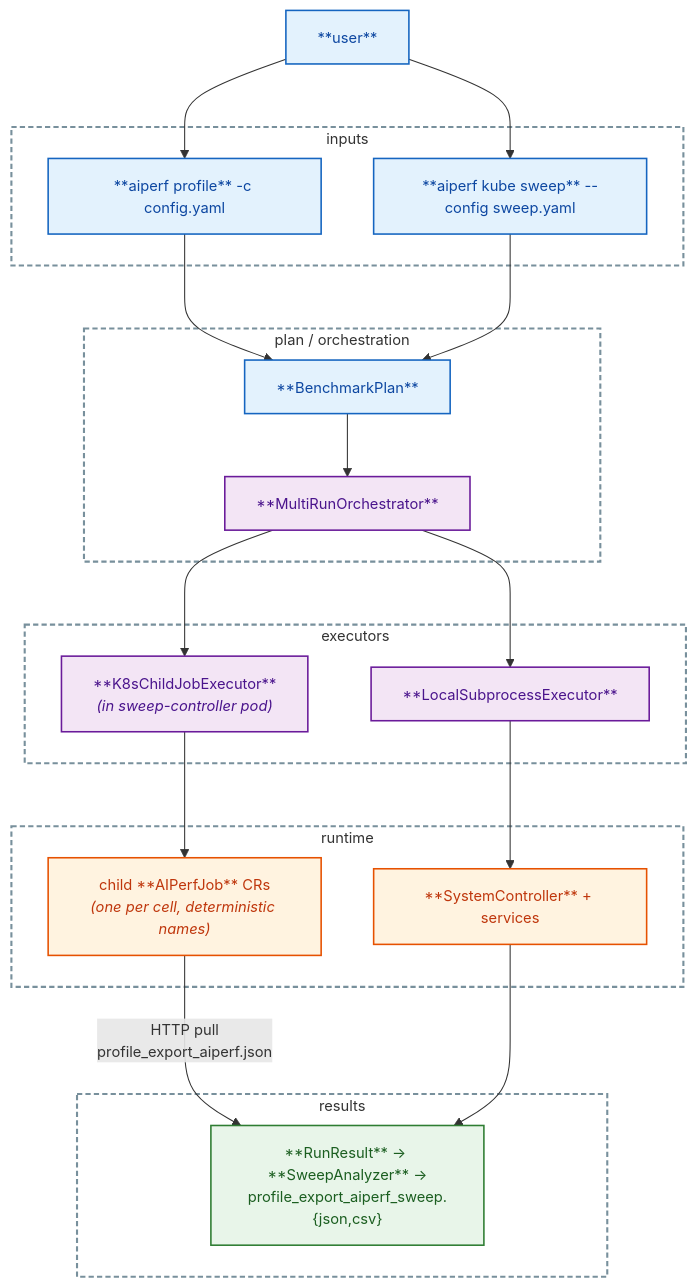
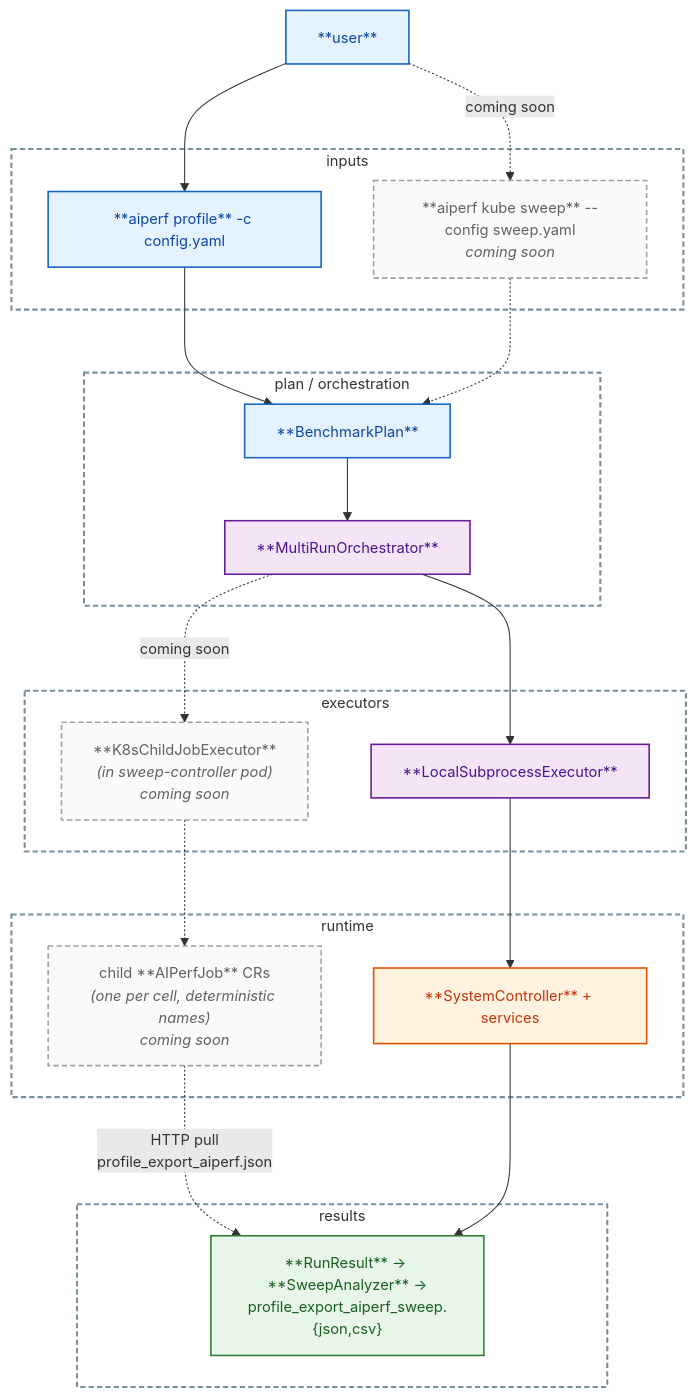
Diagram 21 of 35 in docs/dev/sweep-orchestrator.md (ai-dynamo/aiperf), drawn with Mermaid before and after one commit. The commit also changed other lines of this file and 197 other files, not shown here.

````diff
--- a/docs/dev/sweep-orchestrator.md
+++ b/docs/dev/sweep-orchestrator.md
@@ -1118,58 +1109,59 @@
 ```mermaid
 %%{init: {'flowchart': {'nodeSpacing': 50, 'rankSpacing': 60, 'htmlLabels': true}, 'themeVariables': {'fontSize': '14px'}}}%%
 flowchart TD
     user["**user**"]
 
     subgraph INPUTS["inputs"]
         cli["**aiperf profile** -c config.yaml"]
-        kube["**aiperf kube sweep** --config sweep.yaml"]
+        kube["**aiperf kube sweep** --config sweep.yaml<br/><i>coming soon</i>"]
     end
 
     subgraph CORE["plan / orchestration"]
         plan["**BenchmarkPlan**"]
         orch["**MultiRunOrchestrator**"]
     end
 
     subgraph EXEC["executors"]
         local["**LocalSubprocessExecutor**"]
-        k8s["**K8sChildJobExecutor**<br/><i>(in sweep-controller pod)</i>"]
+        k8s["**K8sChildJobExecutor**<br/><i>(in sweep-controller pod)</i><br/><i>coming soon</i>"]
     end
 
     subgraph RUNTIME["runtime"]
         sysctrl["**SystemController** + services"]
-        child["child **AIPerfJob** CRs<br/><i>(one per cell, deterministic names)</i>"]
+        child["child **AIPerfJob** CRs<br/><i>(one per cell, deterministic names)</i><br/><i>coming soon</i>"]
     end
 
     subgraph RESULTS["results"]
         out["**RunResult** -> **SweepAnalyzer** -><br/>profile_export_aiperf_sweep.{json,csv}"]
     end
 
     user --> cli --> plan
-    user --> kube --> plan
+    user -.->|"coming soon"| kube -.-> plan
 
     plan --> orch
     orch --> local
-    orch --> k8s
+    orch -.->|"coming soon"| k8s
     local --> sysctrl
-    k8s --> child
-    child -->|"HTTP pull<br/>profile_export_aiperf.json"| out
+    k8s -.-> child
+    child -.->|"HTTP pull<br/>profile_export_aiperf.json"| out
     sysctrl --> out
 
     classDef data fill:#e3f2fd,stroke:#1565c0,stroke-width:1.5px,color:#0d47a1
     classDef proc fill:#fff3e0,stroke:#e65100,stroke-width:1.5px,color:#bf360c
     classDef decision fill:#f3e5f5,stroke:#6a1b9a,stroke-width:1.5px,color:#4a148c
     classDef art fill:#e8f5e9,stroke:#2e7d32,stroke-width:1.5px,color:#1b5e20
+    classDef coming fill:#fafafa,stroke:#9e9e9e,stroke-width:1.5px,stroke-dasharray:5 3,color:#616161
 
-    class user,cli,kube data
+    class user,cli data
     class plan data
-    class orch,local,k8s decision
+    class orch,local decision
     class sysctrl proc
     class out art
-    class child proc
+    class kube,k8s,child coming
 
     style INPUTS fill:transparent,stroke:#78909c,stroke-width:2px,stroke-dasharray:5 3
     style CORE fill:transparent,stroke:#78909c,stroke-width:2px,stroke-dasharray:5 3
     style EXEC fill:transparent,stroke:#78909c,stroke-width:2px,stroke-dasharray:5 3
     style RUNTIME fill:transparent,stroke:#78909c,stroke-width:2px,stroke-dasharray:5 3
     style RESULTS fill:transparent,stroke:#78909c,stroke-width:2px,stroke-dasharray:5 3
 ```
````
